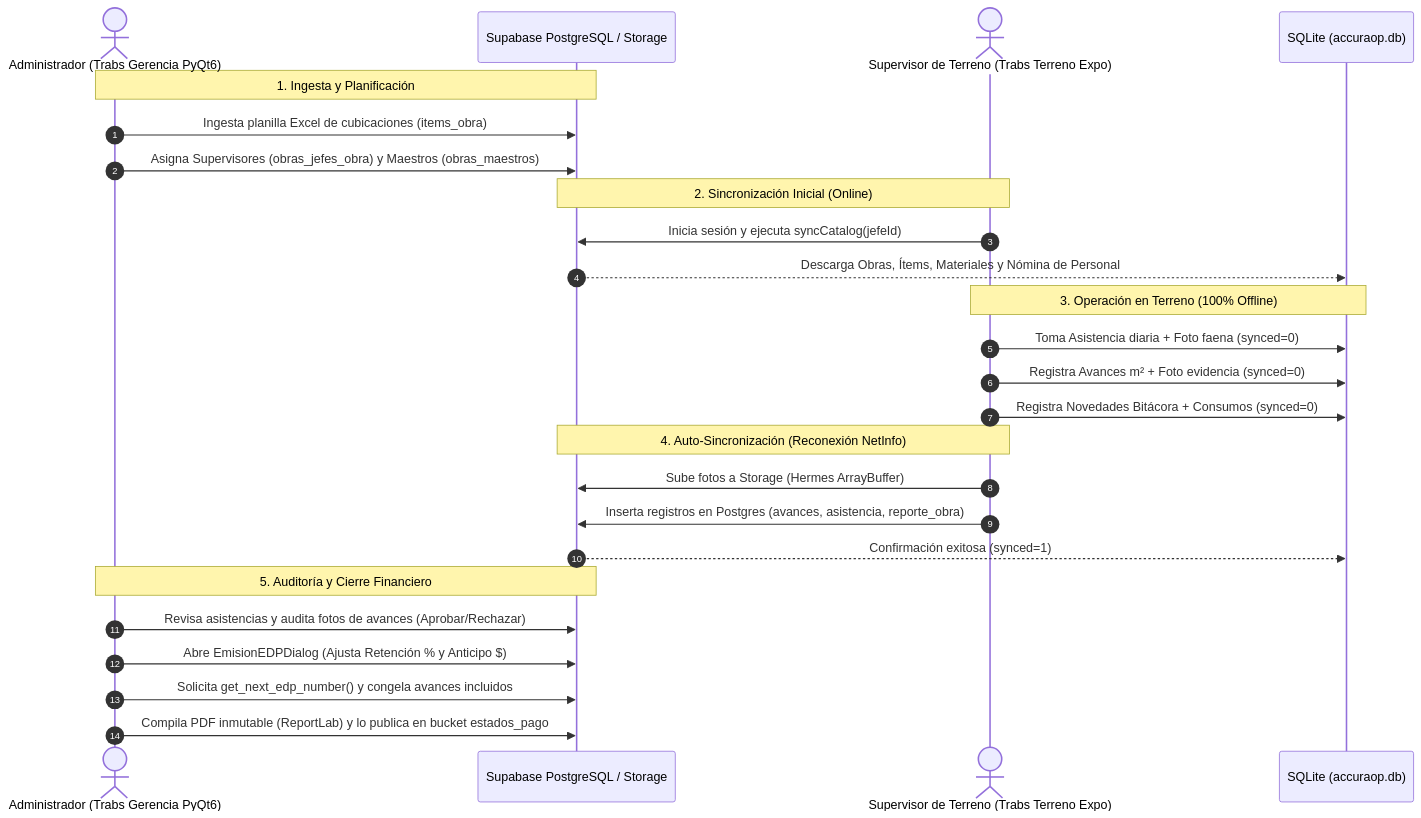
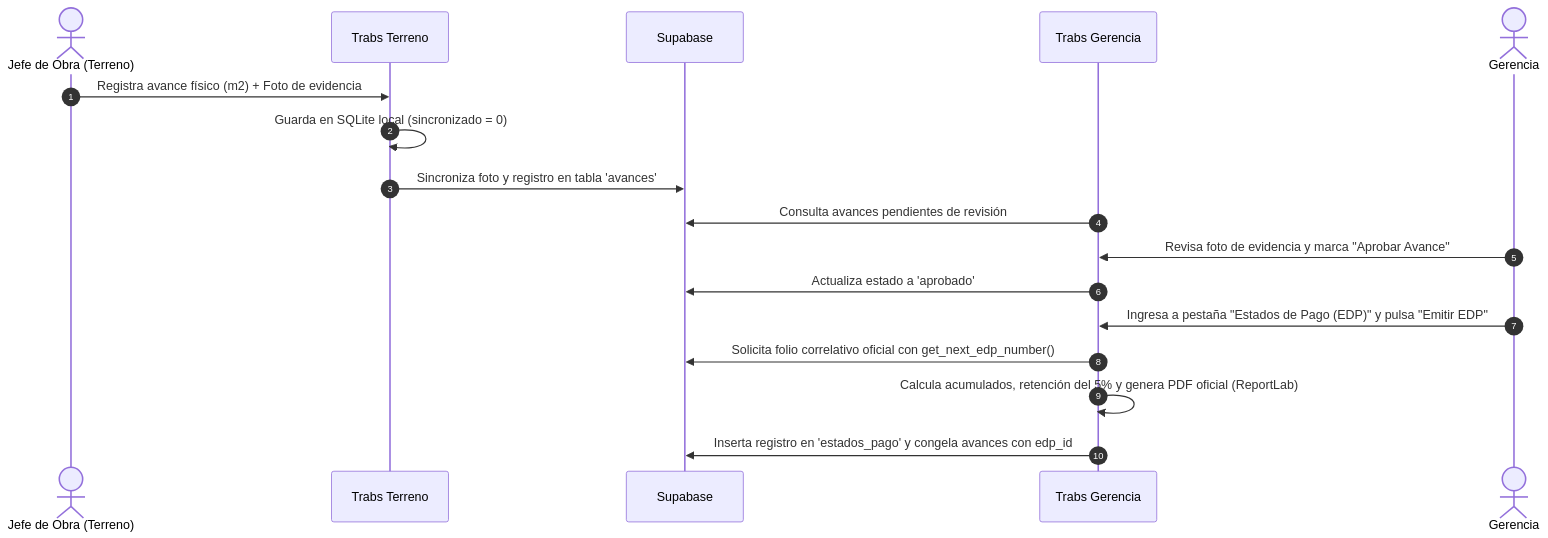
Before and after one commit to pancholavinf/GryPhus-Conect: the third of 3 diagrams in INFO PROYECTO/resumen_arquitectura.md, drawn with Mermaid. The commit also changed other lines of this file and 2 other files, not shown here.

Commit message:
docs: actualizacion integral de documentacion tecnica en INFO PROYECTO al estado actual v1.0.4

````diff
--- a/INFO PROYECTO/resumen_arquitectura.md
+++ b/INFO PROYECTO/resumen_arquitectura.md
@@ -257,32 +154,20 @@
 ```mermaid
 sequenceDiagram
     autonumber
-    actor Admin as Administrador (Trabs Gerencia PyQt6)
-    participant DB as Supabase PostgreSQL / Storage
-    actor Jefe as Supervisor de Terreno (Trabs Terreno Expo)
-    participant LocalDB as SQLite (accuraop.db)
+    actor Jefe as Jefe de Obra (Terreno)
+    participant Mobile as Trabs Terreno
+    participant Cloud as Supabase
+    participant Desktop as Trabs Gerencia
+    actor Admin as Gerencia
 
-    Note over Admin,DB: 1. Ingesta y Planificación
-    Admin->>DB: Ingesta planilla Excel de cubicaciones (items_obra)
-    Admin->>DB: Asigna Supervisores (obras_jefes_obra) y Maestros (obras_maestros)
-
-    Note over Jefe,DB: 2. Sincronización Inicial (Online)
-    Jefe->>DB: Inicia sesión y ejecuta syncCatalog(jefeId)
-    DB-->>LocalDB: Descarga Obras, Ítems, Materiales y Nómina de Personal
-
-    Note over Jefe,LocalDB: 3. Operación en Terreno (100% Offline)
-    Jefe->>LocalDB: Toma Asistencia diaria + Foto faena (synced=0)
-    Jefe->>LocalDB: Registra Avances m² + Foto evidencia (synced=0)
-    Jefe->>LocalDB: Registra Novedades Bitácora + Consumos (synced=0)
-
-    Note over Jefe,DB: 4. Auto-Sincronización (Reconexión NetInfo)
-    Jefe->>DB: Sube fotos a Storage (Hermes ArrayBuffer)
-    Jefe->>DB: Inserta registros en Postgres (avances, asistencia, reporte_obra)
-    DB-->>LocalDB: Confirmación exitosa (synced=1)
-
-    Note over Admin,DB: 5. Auditoría y Cierre Financiero
-    Admin->>DB: Revisa asistencias y audita fotos de avances (Aprobar/Rechazar)
-    Admin->>DB: Abre EmisionEDPDialog (Ajusta Retención % y Anticipo $)
-    Admin->>DB: Solicita get_next_edp_number() y congela avances incluidos
-    Admin->>DB: Compila PDF inmutable (ReportLab) y lo publica en bucket estados_pago
+    Jefe->>Mobile: Registra avance físico (m2) + Foto de evidencia
+    Mobile->>Mobile: Guarda en SQLite local (sincronizado = 0)
+    Mobile->>Cloud: Sincroniza foto y registro en tabla 'avances'
+    Desktop->>Cloud: Consulta avances pendientes de revisión
+    Admin->>Desktop: Revisa foto de evidencia y marca "Aprobar Avance"
+    Desktop->>Cloud: Actualiza estado a 'aprobado'
+    Admin->>Desktop: Ingresa a pestaña "Estados de Pago (EDP)" y pulsa "Emitir EDP"
+    Desktop->>Cloud: Solicita folio correlativo oficial con get_next_edp_number()
+    Desktop->>Desktop: Calcula acumulados, retención del 5% y genera PDF oficial (ReportLab)
+    Desktop->>Cloud: Inserta registro en 'estados_pago' y congela avances con edp_id
 ```
````
